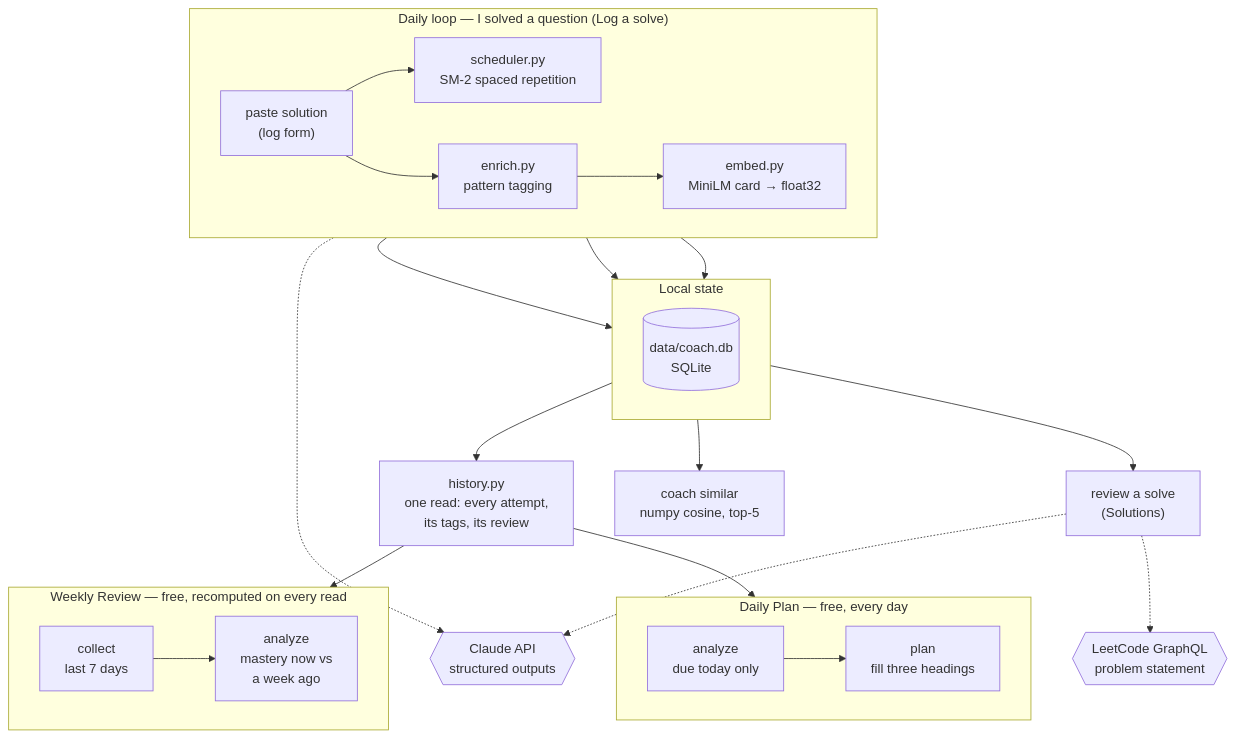
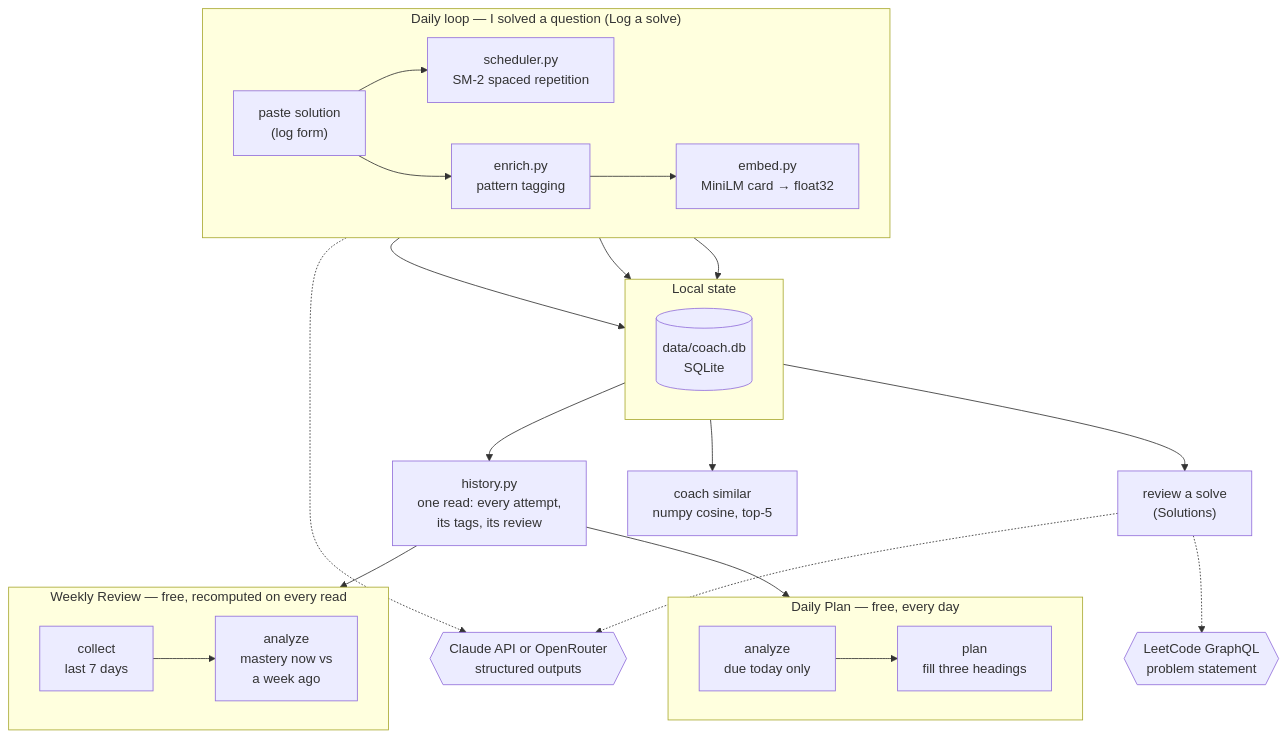
Before and after one commit to AvivE453/leetcode-coach: the diagram in docs/DESIGN.md, drawn with Mermaid. The commit also changed other lines of this file and 14 other files, not shown here.

````diff
--- a/docs/DESIGN.md
+++ b/docs/DESIGN.md
@@ -10,41 +10,41 @@
 ```mermaid
 flowchart TB
     subgraph daily ["Daily loop — I solved a question (Log a solve)"]
         direction LR
         paste["paste solution<br/>(log form)"] --> sm2["scheduler.py<br/>SM-2 spaced repetition"]
         paste --> enr["enrich.py<br/>pattern tagging"]
         enr --> emb["embed.py<br/>MiniLM card → float32"]
     end
 
     subgraph state ["Local state"]
         direction LR
         db[("data/coach.db<br/>SQLite")]
     end
 
     subgraph todayp ["Daily Plan — free, every day"]
         direction LR
         ta["analyze<br/>due today only"] --> tp["plan<br/>fill three headings"]
     end
 
     subgraph weeklyp ["Weekly Review — free, recomputed on every read"]
         direction LR
         c["collect<br/>last 7 days"] --> a["analyze<br/>mastery now vs<br/>a week ago"]
     end
 
-    api{{"Claude API<br/>structured outputs"}}
+    api{{"Claude API or OpenRouter<br/>structured outputs"}}
     lc{{"LeetCode GraphQL<br/>problem statement"}}
 
     sm2 --> db
     enr --> db
     emb --> db
     db --> hist["history.py<br/>one read: every attempt,<br/>its tags, its review"]
     hist --> ta
     hist --> c
 
     enr -.-> api
 
     db --> sim["coach similar<br/>numpy cosine, top-5"]
     db --> rev["review a solve<br/>(Solutions)"]
     rev -.-> api
     rev -.-> lc
 ```
````
